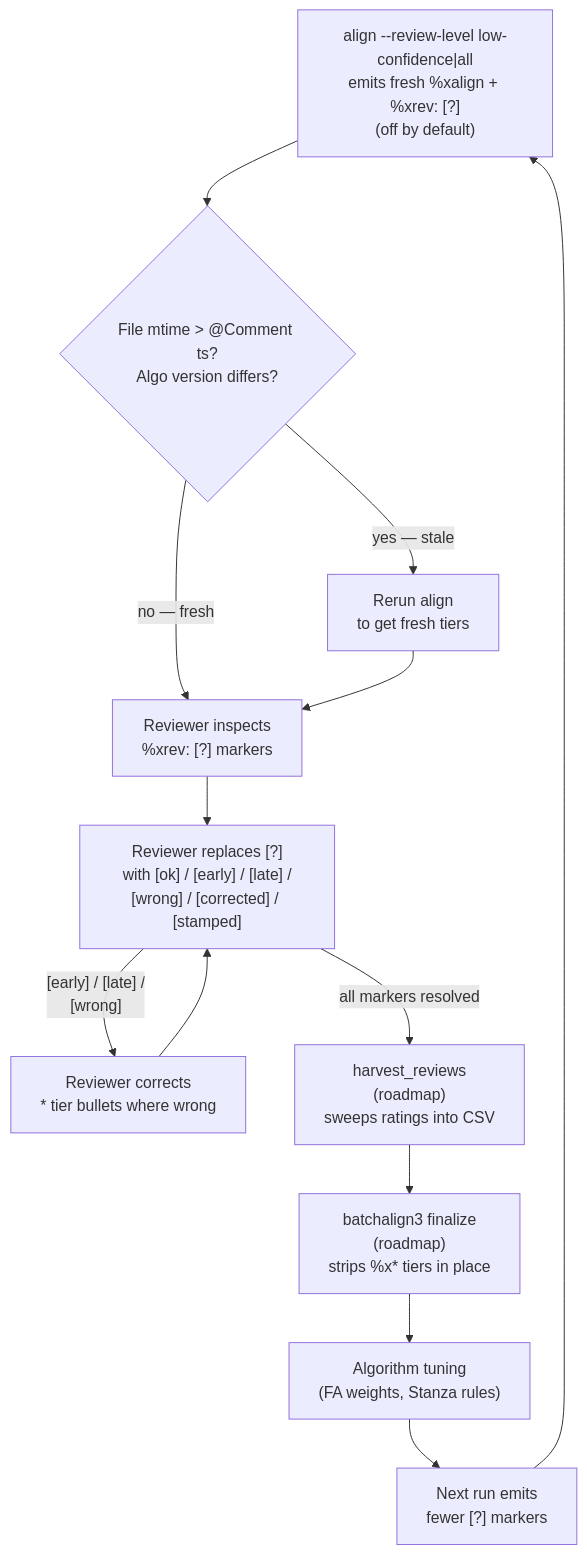
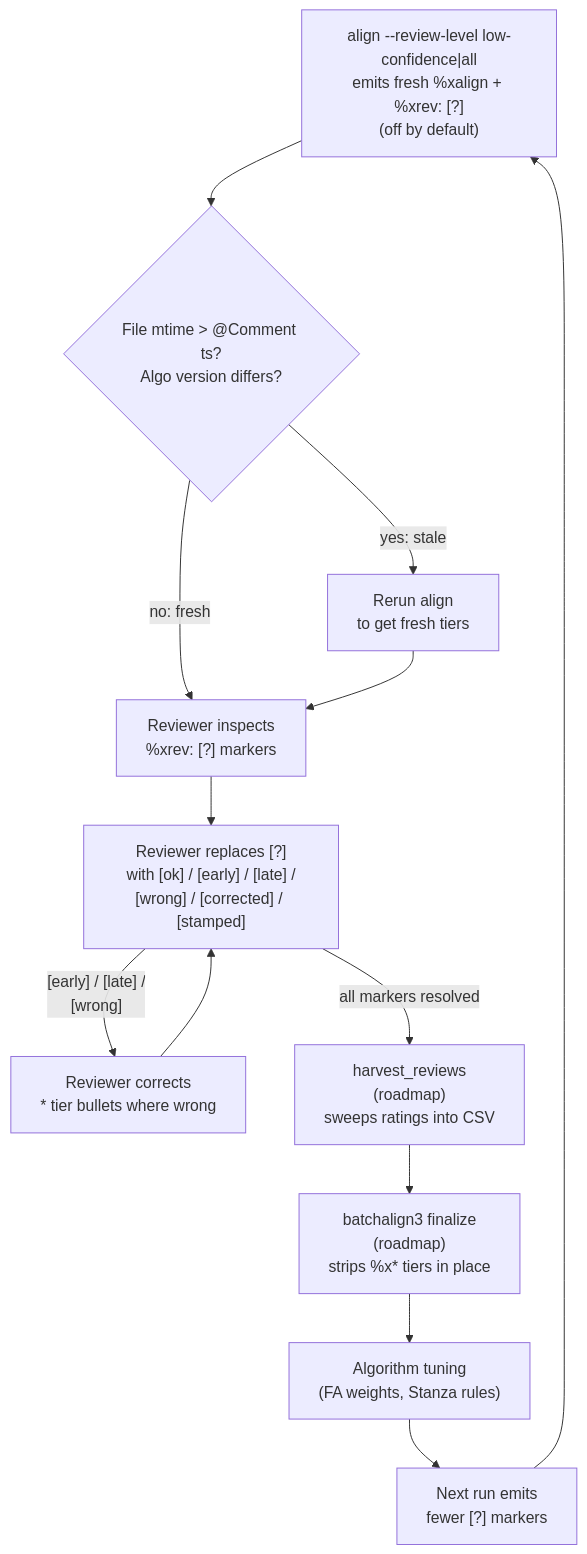
Before and after one commit to TalkBank/talkbank-tools: the diagram in book/src/batchalign/user-guide/review-tiers-guide.md, drawn with Mermaid. The commit also changed other lines of this file and 706 other files, not shown here.

````diff
--- a/book/src/batchalign/user-guide/review-tiers-guide.md
+++ b/book/src/batchalign/user-guide/review-tiers-guide.md
@@ -154,26 +154,26 @@
 ```mermaid
 flowchart TD
     align["align --review-level low-confidence|all\nemits fresh %xalign + %xrev: [?]\n(off by default)"]
     stale{"File mtime > @Comment ts?\nAlgo version differs?"}
     rerun["Rerun align\nto get fresh tiers"]
     review["Reviewer inspects\n%xrev: [?] markers"]
     rate["Reviewer replaces [?]\nwith [ok] / [early] / [late] /\n[wrong] / [corrected] / [stamped]"]
     fix["Reviewer corrects\n* tier bullets where wrong"]
     harvest["harvest_reviews\n(roadmap)\nsweeps ratings into CSV"]
     finalize["batchalign3 finalize\n(roadmap)\nstrips %x* tiers in place"]
     retrain["Algorithm tuning\n(FA weights, Stanza rules)"]
     fewer["Next run emits\nfewer [?] markers"]
 
     align --> stale
-    stale -->|"yes — stale"| rerun
-    stale -->|"no — fresh"| review
+    stale -->|"yes: stale"| rerun
+    stale -->|"no: fresh"| review
     rerun --> review
     review --> rate
     rate -->|"[early] / [late] /\n[wrong]"| fix
     fix --> rate
     rate -->|"all markers resolved"| harvest
     harvest --> finalize
     finalize --> retrain
     retrain --> fewer
     fewer --> align
 ```
````
